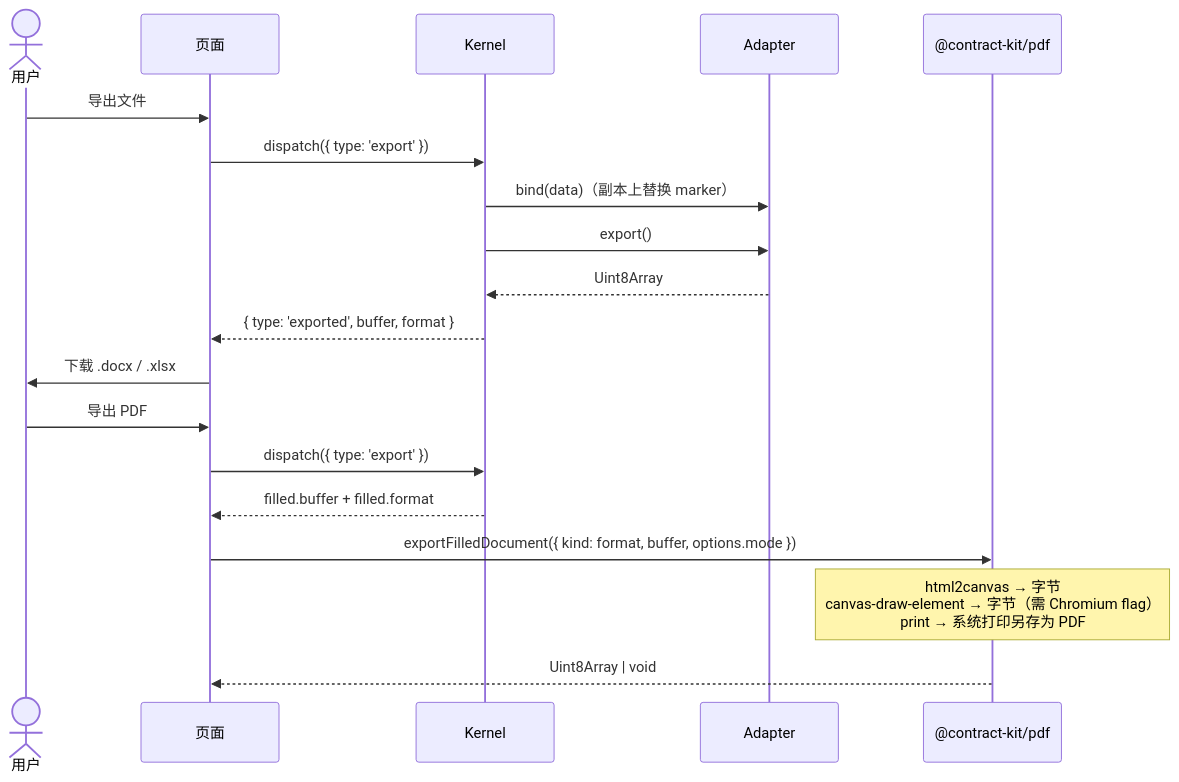
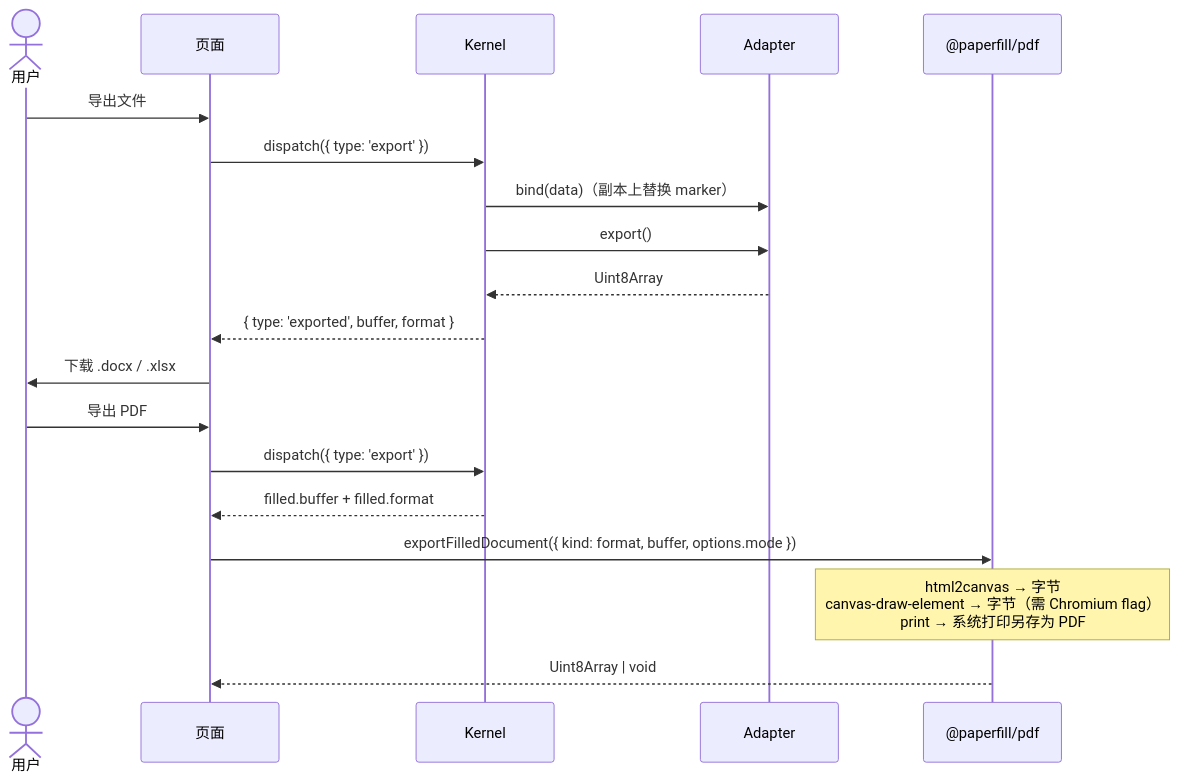
The fourth of 5 diagrams in docs/architecture.md (xxxxxuhb/contract-kit), drawn with Mermaid before and after one commit. The commit also changed other lines of this file and 63 other files, not shown here.

````diff
--- a/docs/architecture.md
+++ b/docs/architecture.md
@@ -208,23 +208,23 @@
 ```mermaid
 sequenceDiagram
   actor User as 用户
   participant Page as 页面
   participant K as Kernel
   participant A as Adapter
-  participant Pdf as @contract-kit/pdf
+  participant Pdf as @paperfill/pdf
 
   User->>Page: 导出文件
   Page->>K: dispatch({ type: 'export' })
   K->>A: bind(data)（副本上替换 marker）
   K->>A: export()
   A-->>K: Uint8Array
   K-->>Page: { type: 'exported', buffer, format }
   Page->>User: 下载 .docx / .xlsx
 
   User->>Page: 导出 PDF
   Page->>K: dispatch({ type: 'export' })
   K-->>Page: filled.buffer + filled.format
   Page->>Pdf: exportFilledDocument({ kind: format, buffer, options.mode })
   Note over Pdf: html2canvas → 字节<br/>canvas-draw-element → 字节（需 Chromium flag）<br/>print → 系统打印另存为 PDF
   Pdf-->>Page: Uint8Array | void
 ```
````
